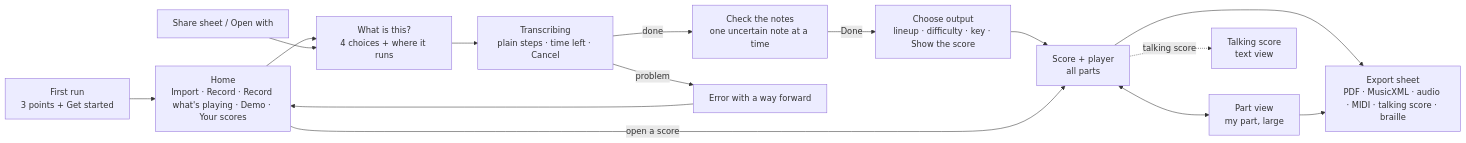
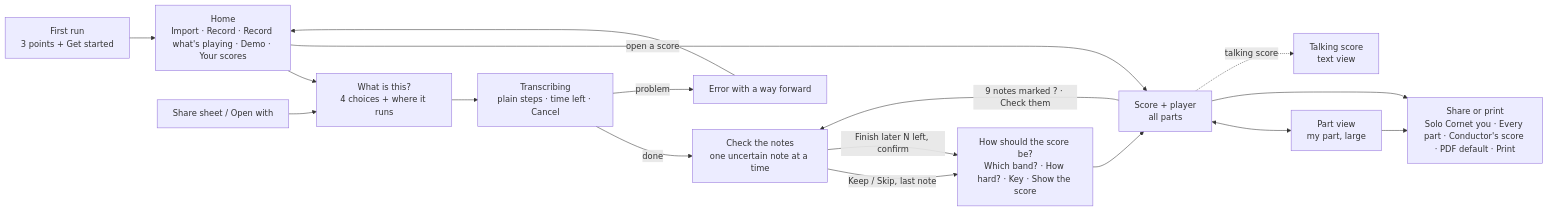
One commit to 181192/brasscribe changed the diagram in design/system.md. Above: the diagram before and after it, drawn with Mermaid. The commit also changed other lines of this file and 92 other files, not shown here.

````diff
--- a/design/system.md
+++ b/design/system.md
@@ -54,17 +58,19 @@
 ```mermaid
 flowchart LR
   FR[First run<br/>3 points + Get started] --> H
   H[Home<br/>Import · Record · Record what's playing · Demo · Your scores] --> W
   SH[Share sheet / Open with] --> W
   W[What is this?<br/>4 choices + where it runs] --> T
   T[Transcribing<br/>plain steps · time left · Cancel] -->|done| R
   T -->|problem| E[Error with a way forward]
   E --> H
-  R[Check the notes<br/>one uncertain note at a time] -->|Done| O
-  O[Choose output<br/>lineup · difficulty · key · Show the score] --> S
+  R[Check the notes<br/>one uncertain note at a time] -->|Keep / Skip, last note| O
+  R -->|Finish later N left, confirm| O
+  O[How should the score be?<br/>Which band? · How hard? · Key · Show the score] --> S
   S[Score + player<br/>all parts] <--> P[Part view<br/>my part, large]
-  S --> X[Export sheet<br/>PDF · MusicXML · audio · MIDI · talking score · braille]
+  S --> X[Share or print<br/>Solo Cornet you · Every part · Conductor's score · PDF default · Print]
+  S -->|9 notes marked ? · Check them| R
   P --> X
   H -->|open a score| S
   S -. talking score .-> TS[Talking score<br/>text view]
 ```
````
